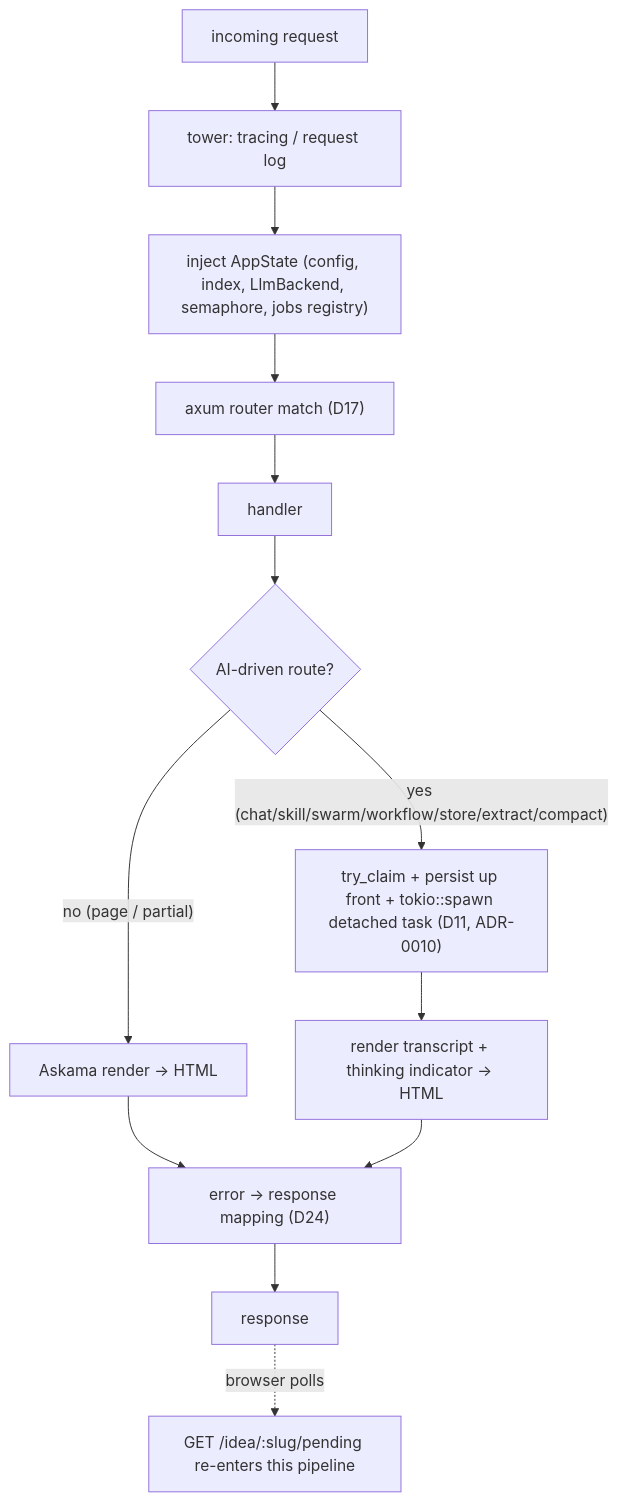
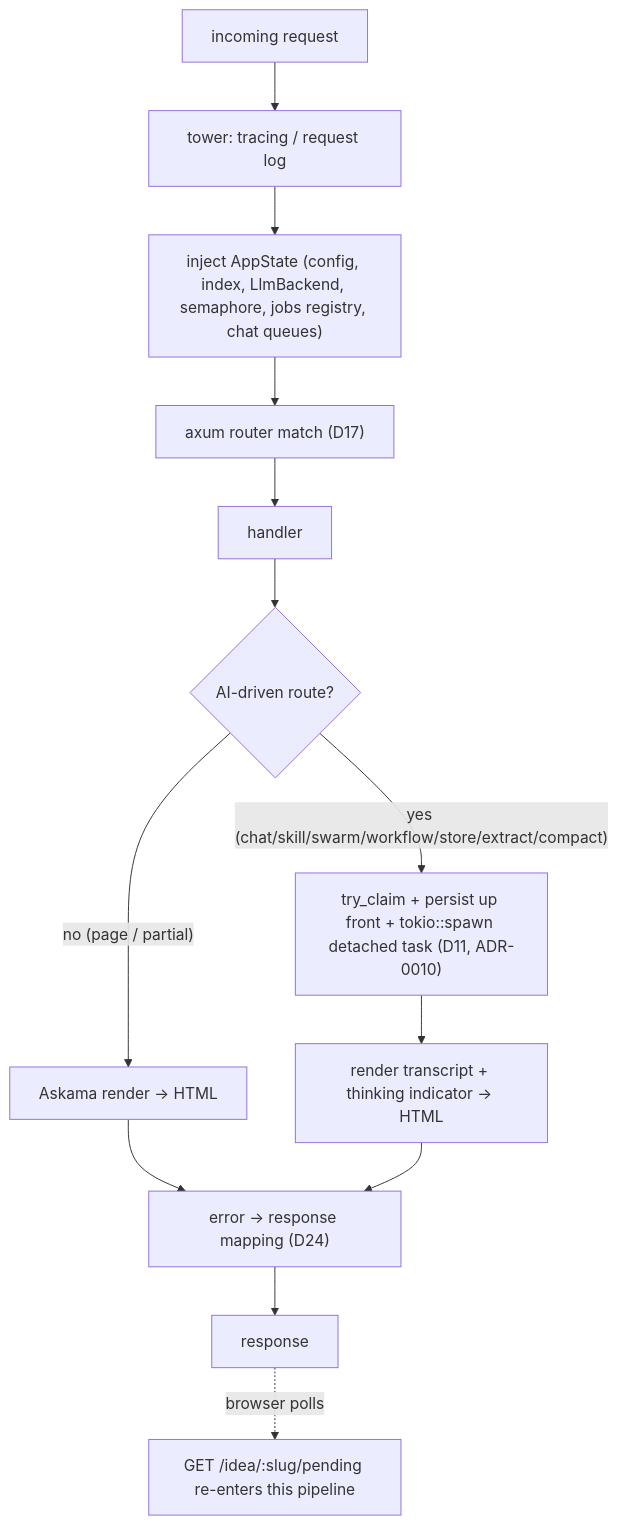
One commit to jasdian/idea-vault changed the second of 2 diagrams in docs/09-web-ui.md. Above: the diagram before and after it, drawn with Mermaid. The commit also changed other lines of this file and 19 other files, not shown here.

````diff
--- a/docs/09-web-ui.md
+++ b/docs/09-web-ui.md
@@ -128,15 +140,15 @@
 ```mermaid
 flowchart TD
     REQ["incoming request"] --> TRACE["tower: tracing / request log"]
-    TRACE --> STATE["inject AppState (config, index, LlmBackend, semaphore, jobs registry)"]
+    TRACE --> STATE["inject AppState (config, index, LlmBackend, semaphore, jobs registry, chat queues)"]
     STATE --> ROUTE["axum router match (D17)"]
     ROUTE --> HANDLER["handler"]
     HANDLER --> BRANCH{"AI-driven route?"}
     BRANCH -- "no (page / partial)" --> RENDER["Askama render → HTML"]
     BRANCH -- "yes (chat/skill/swarm/workflow/store/extract/compact)" --> JOBBR["try_claim + persist up front + tokio::spawn detached task (D11, ADR-0010)"]
     JOBBR --> RENDER2["render transcript + thinking indicator → HTML"]
     RENDER --> ERRMAP
     RENDER2 --> ERRMAP
     ERRMAP["error → response mapping (D24)"] --> RESP["response"]
     RESP -.->|"browser polls"| POLL["GET /idea/:slug/pending re-enters this pipeline"]
 ```
````
